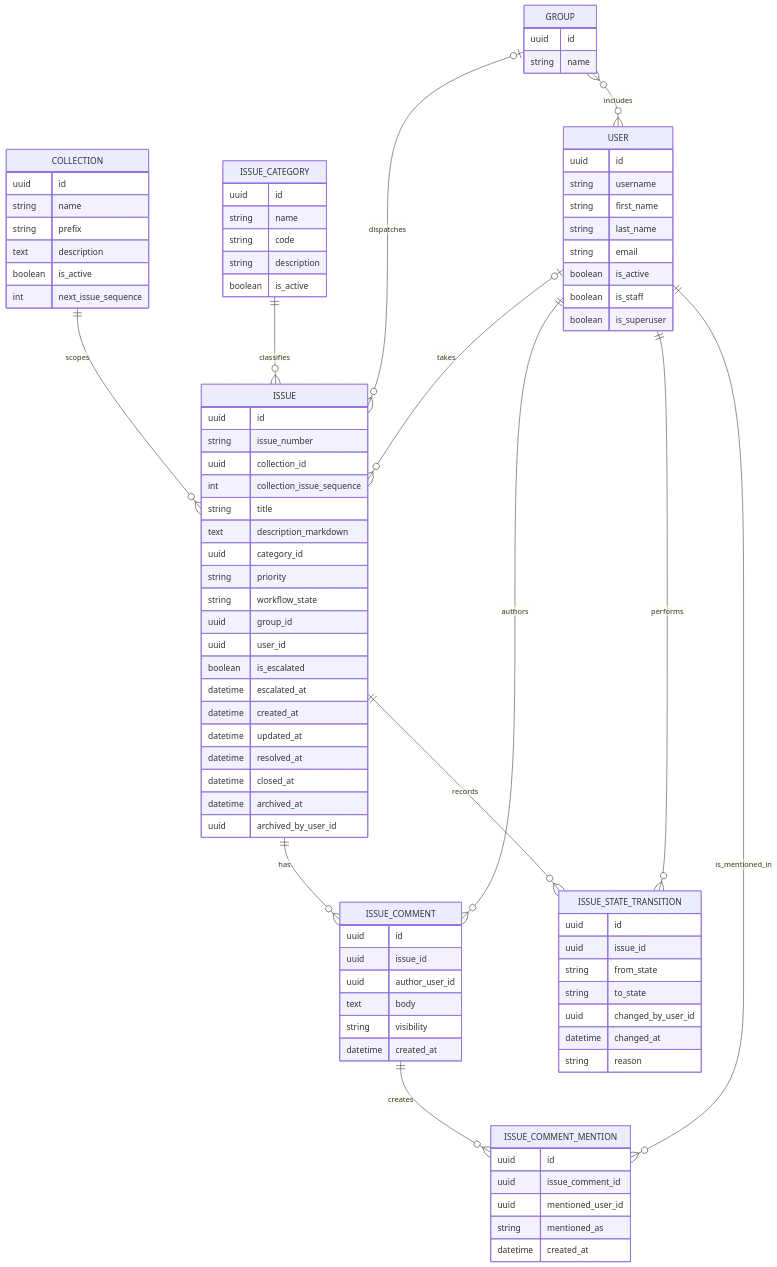
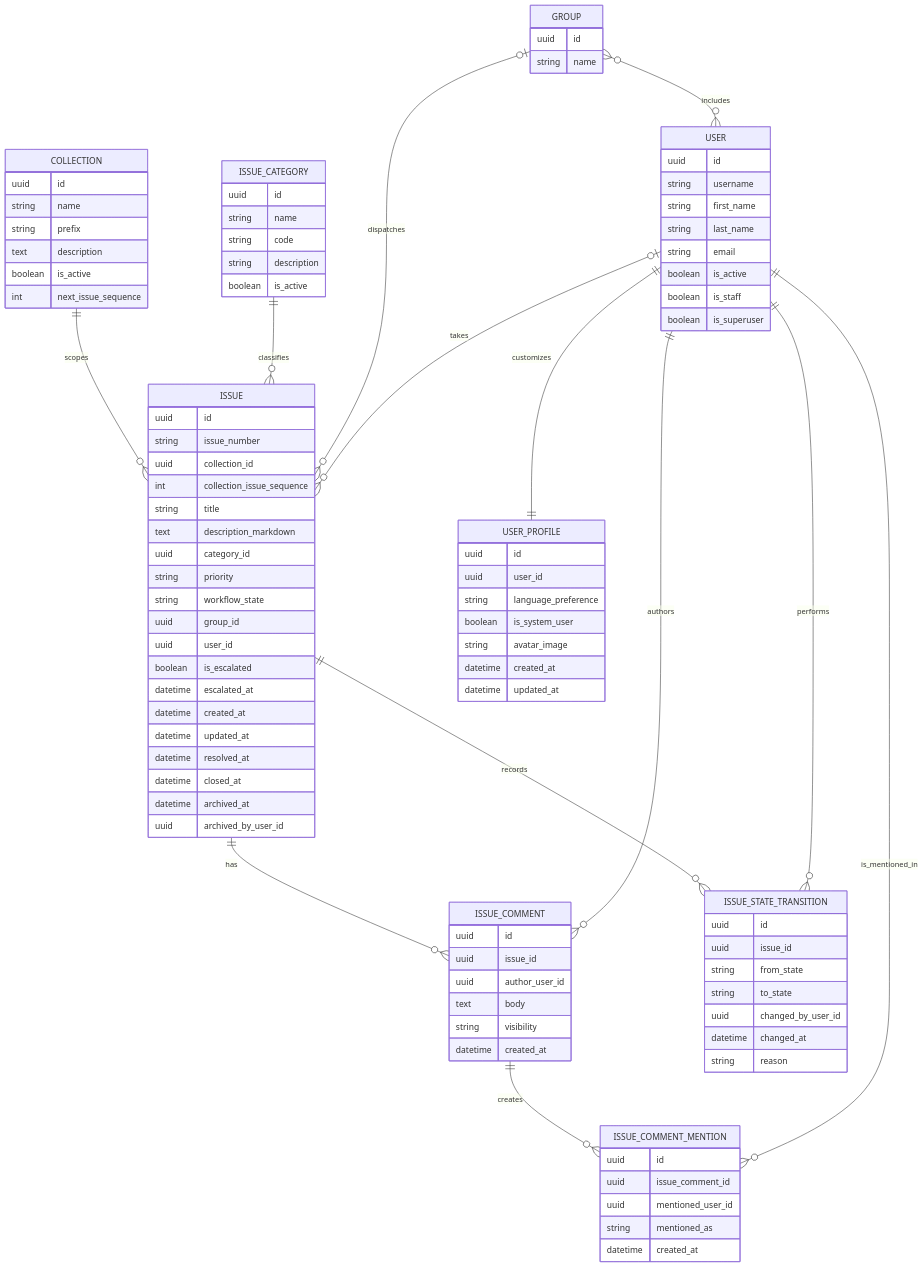
Before and after one commit to hoelsner/ticket-system-mock: the diagram in docs/development/data-model.md, drawn with Mermaid. The commit also changed other lines of this file and 61 other files, not shown here.

```diff
--- a/docs/development/data-model.md
+++ b/docs/development/data-model.md
@@ -367,6 +377,16 @@
         boolean is_superuser
     }
 
+    USER_PROFILE {
+      uuid id
+      uuid user_id
+      string language_preference
+      boolean is_system_user
+      string avatar_image
+      datetime created_at
+      datetime updated_at
+    }
+
     ISSUE_COMMENT {
         uuid id
         uuid issue_id
@@ -398,6 +418,7 @@
     ISSUE_CATEGORY ||--o{ ISSUE : classifies
     GROUP o|--o{ ISSUE : dispatches
     USER o|--o{ ISSUE : takes
+    USER ||--|| USER_PROFILE : customizes
     GROUP }o--o{ USER : includes
     ISSUE ||--o{ ISSUE_COMMENT : has
     ISSUE_COMMENT ||--o{ ISSUE_COMMENT_MENTION : creates
```
